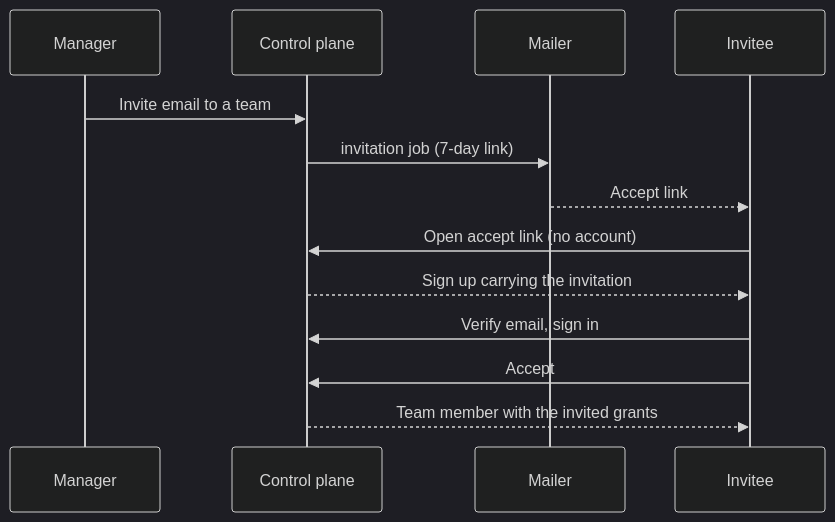
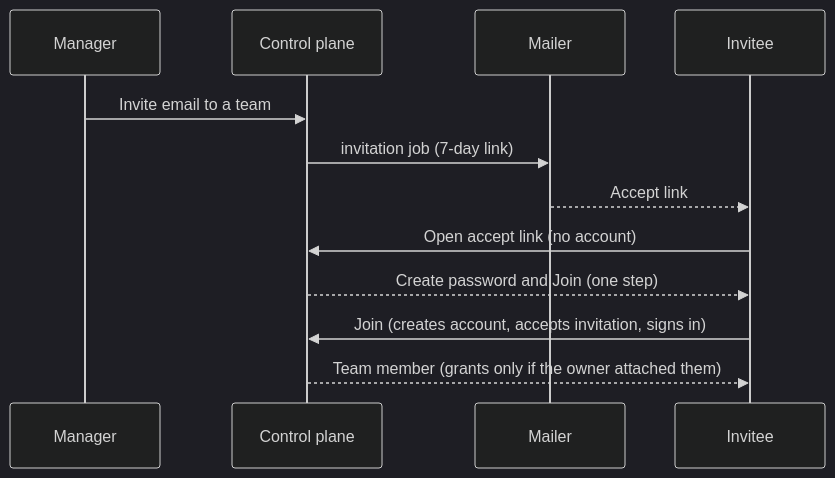
Before and after one commit to TurboPanel/website: the diagram in docs/getting-started/accounts-and-access.mdx, drawn with Mermaid (dark theme). The commit also changed other lines of this file and 6 other files, not shown here.

First line of the commit message:
docs(access): an invitation without grants makes a plain member (#152)

````diff
--- a/docs/getting-started/accounts-and-access.mdx
+++ b/docs/getting-started/accounts-and-access.mdx
@@ -57,15 +60,14 @@
 ```mermaid title="Invitation when the invitee has no account"
 sequenceDiagram
     participant Manager
     participant CP as Control plane
     participant Mail as Mailer
     participant Invitee
     Manager->>CP: Invite email to a team
     CP->>Mail: invitation job (7-day link)
     Mail-->>Invitee: Accept link
     Invitee->>CP: Open accept link (no account)
-    CP-->>Invitee: Sign up carrying the invitation
-    Invitee->>CP: Verify email, sign in
-    Invitee->>CP: Accept
-    CP-->>Invitee: Team member with the invited grants
+    CP-->>Invitee: Create password and Join (one step)
+    Invitee->>CP: Join (creates account, accepts invitation, signs in)
+    CP-->>Invitee: Team member (grants only if the owner attached them)
 ```
````
